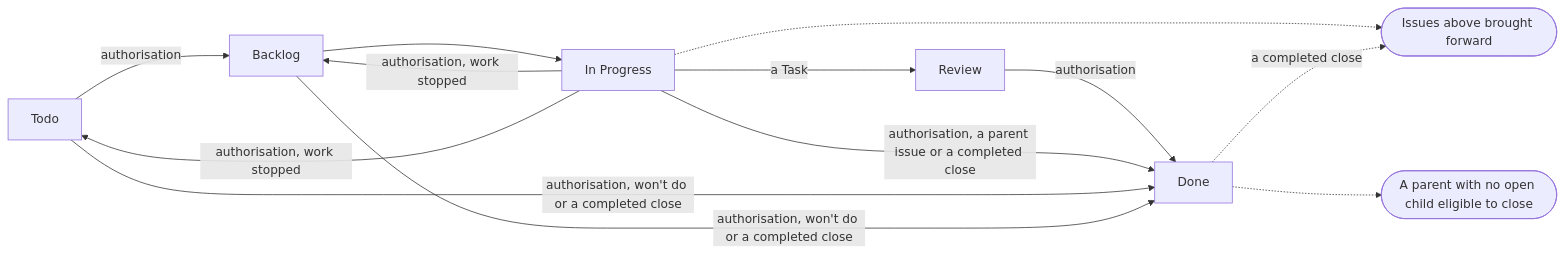
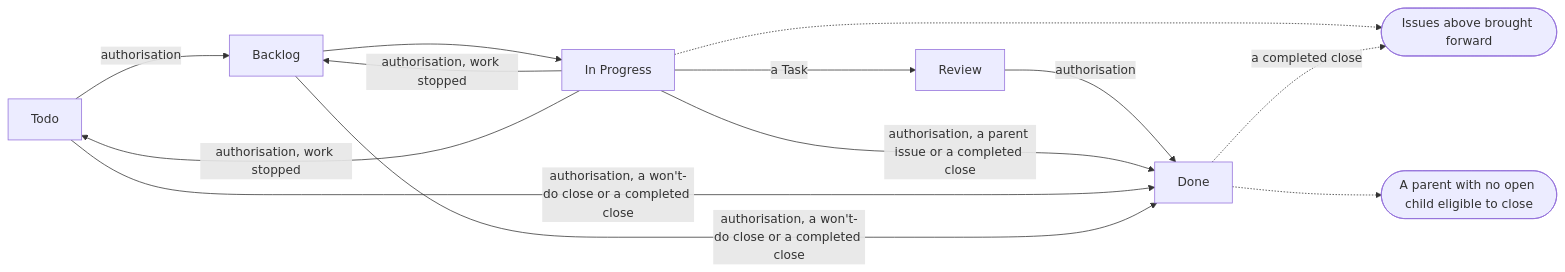
One commit to aleskalfas/project-kit changed the second of 3 diagrams in tech-docs/analysis/project-management/domain-model/030-the-issue-lifecycle.md. Above: the diagram before and after it, drawn with Mermaid. The commit also changed other lines of this file and 6 other files, not shown here.

````diff
--- a/tech-docs/analysis/project-management/domain-model/030-the-issue-lifecycle.md
+++ b/tech-docs/analysis/project-management/domain-model/030-the-issue-lifecycle.md
@@ -72,17 +72,17 @@
 ```mermaid
 flowchart LR
   accTitle: How an issue moves through its lifecycle
   accDescr: An authorisation takes an issue from Todo to Backlog. It then moves to In Progress, and a Task to Review. An authorisation takes it back from In Progress to Backlog or Todo once its work stopped. An authorisation takes it to Done, and a won't-do close or a completed close also needs one. A forward move, or a completed close, brings the issues above forward. A parent with no open child becomes eligible to close.
   todo[Todo] -->|authorisation| backlog[Backlog]
   backlog --> inprogress[In Progress]
   inprogress -->|authorisation, work stopped| backlog
   inprogress -->|authorisation, work stopped| todo
   inprogress -->|a Task| review[Review]
   review -->|authorisation| done[Done]
   inprogress -->|authorisation, a parent issue or a completed close| done
-  todo -->|authorisation, won't do or a completed close| done
-  backlog -->|authorisation, won't do or a completed close| done
+  todo -->|authorisation, a won't-do close or a completed close| done
+  backlog -->|authorisation, a won't-do close or a completed close| done
   inprogress -.-> forward([Issues above brought forward])
   done -.->|a completed close| forward
   done -.-> eligible([A parent with no open child eligible to close])
 ```
````
